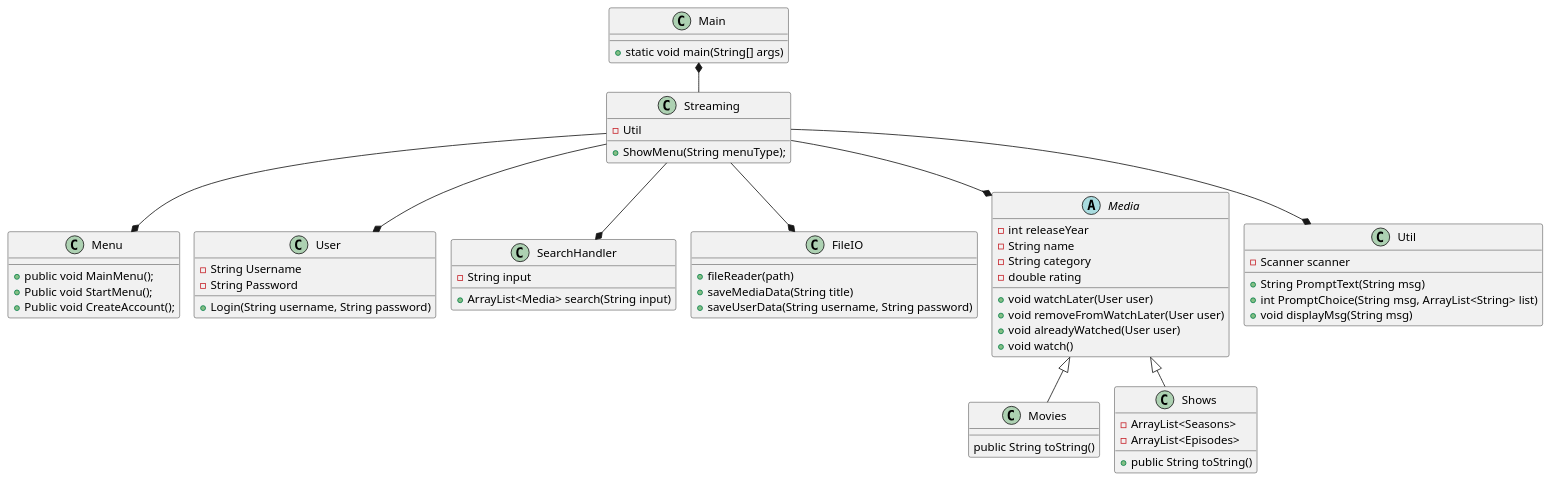
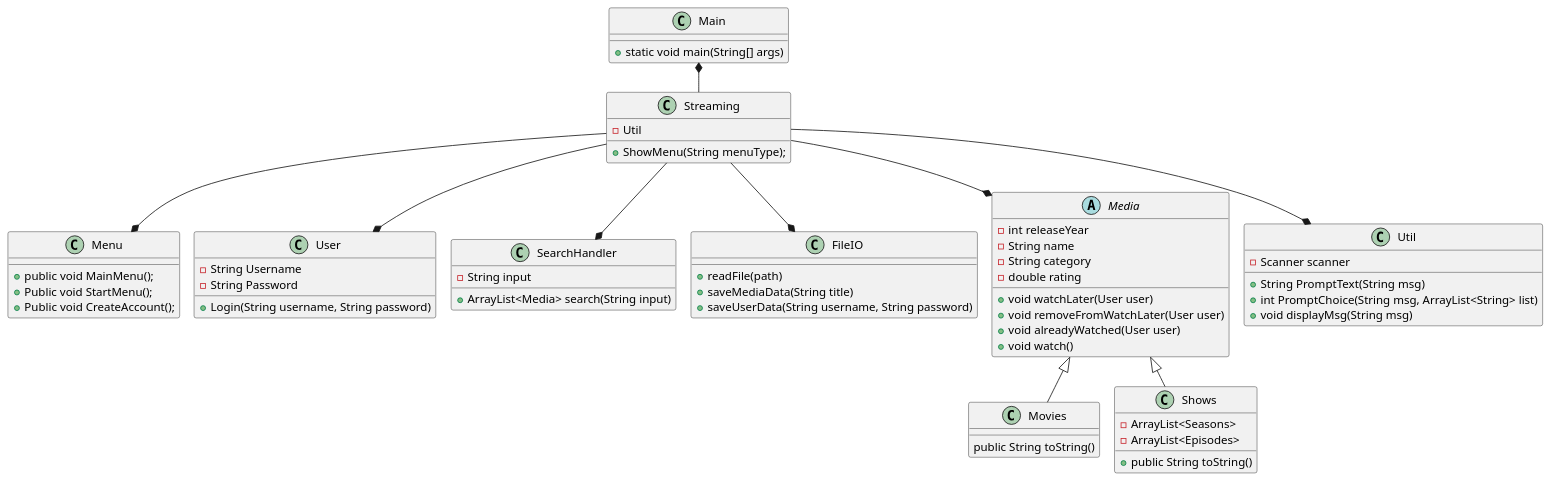
Before and after one commit to ValdemarLarsen02/SP3GruppeD: the diagram in Docs/ClassDiagram.puml, drawn with PlantUML. The commit also changed 3 other files, not shown here.

```diff
--- a/Docs/ClassDiagram.puml
+++ b/Docs/ClassDiagram.puml
@@ -1,79 +1,79 @@
 @startuml
 !pragma layout smetana
 
 Class Main{
 +static void main(String[] args)
 }
 
 Class Menu{
  + public void MainMenu();
  + Public void StartMenu();
  + Public void CreateAccount();
 }
 
 
 
 Class Streaming {
     -Util
     + ShowMenu(String menuType);
 }
 
 Class User{
 - String Username
 - String Password
 + Login(String username, String password)
 }
 
 Class SearchHandler {
 - String input
 + ArrayList<Media> search(String input)
 
 }
 
 Class FileIO{
-+ fileReader(path)
++ readFile(path)
 + saveMediaData(String title)
 + saveUserData(String username, String password)
 }
 
 Abstract Media{
 - int releaseYear
 - String name
 - String category
 - double rating
 + void watchLater(User user)
 + void removeFromWatchLater(User user)
 + void alreadyWatched(User user)
 + void watch()
 }
 
 Class Util{
 - Scanner scanner
 + String PromptText(String msg)
 + int PromptChoice(String msg, ArrayList<String> list)
 + void displayMsg(String msg)
 }
 
 Class Movies{
 public String toString()
 }
 
 Class Shows{
 - ArrayList<Seasons>
 - ArrayList<Episodes>
 + public String toString()
 }
 
 Main *-- Streaming
 Streaming--* User
 Streaming --* FileIO
 Streaming --* Menu
 Streaming --* Media
 Media <|-- Movies
 Media <|-- Shows
 Streaming --* SearchHandler
 Streaming --* Util
 
 
 
 @enduml
```
